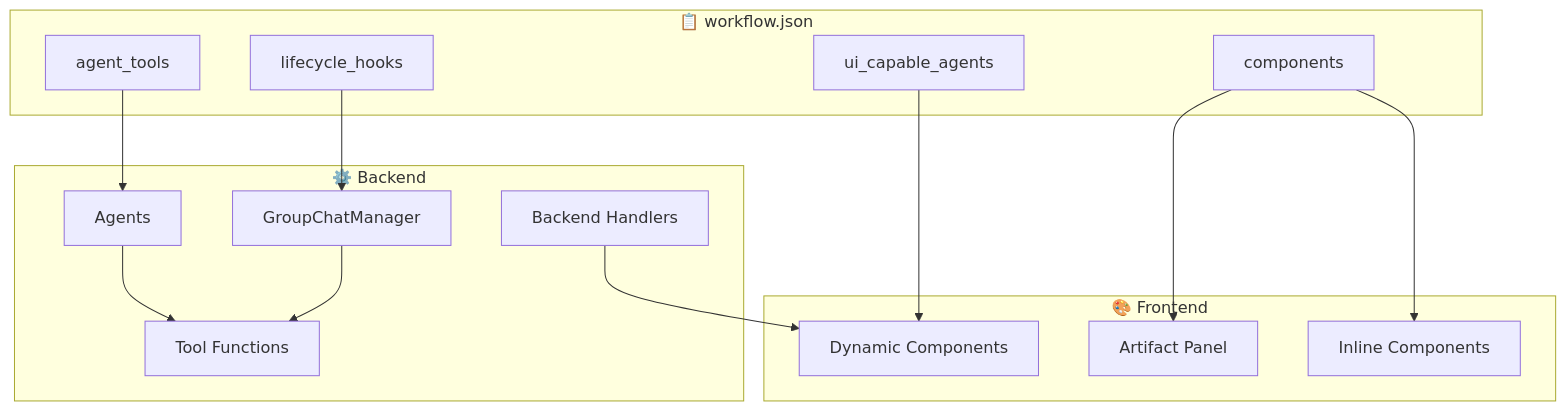
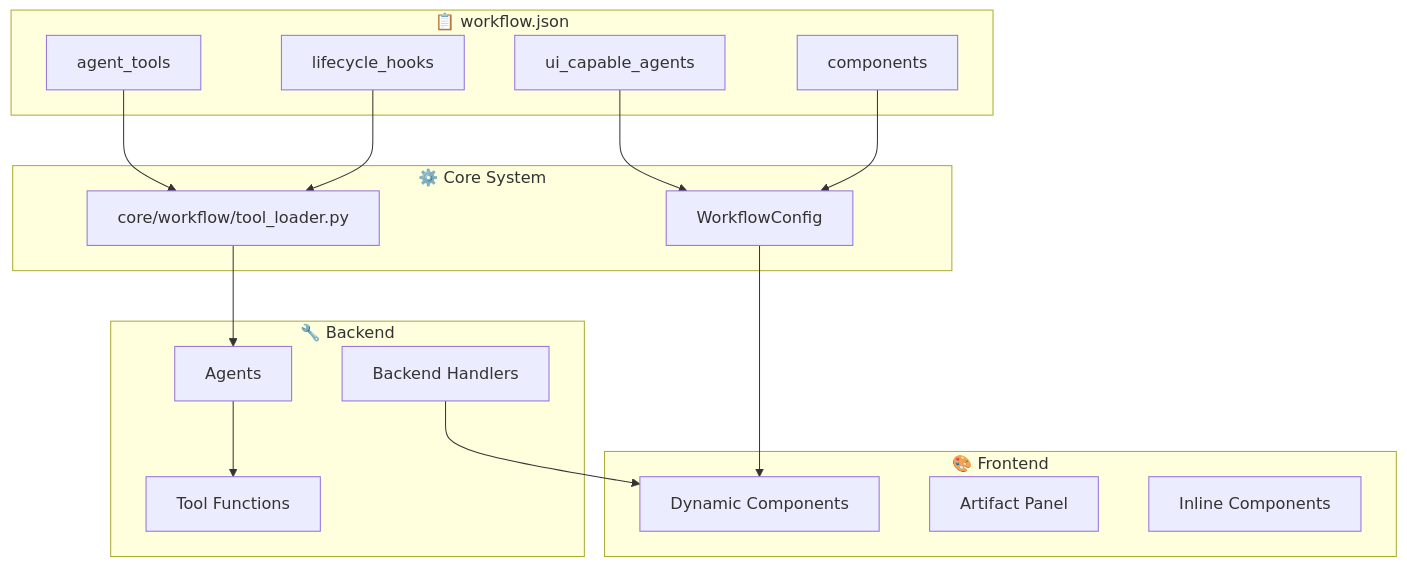
Before and after one commit to BlocUnited-LLC/mozaiks-ai: the diagram in docs/UNIFIED_TOOL_AND_UI_SYSTEM.md, drawn with Mermaid. The commit also changed other lines of this file and 22 other files, not shown here.

````diff
--- a/docs/UNIFIED_TOOL_AND_UI_SYSTEM.md
+++ b/docs/UNIFIED_TOOL_AND_UI_SYSTEM.md
@@ -11,32 +11,36 @@
 ```mermaid
 flowchart TD
     subgraph WF["📋 workflow.json"]
         AT[agent_tools]
         LH[lifecycle_hooks]
         UCA[ui_capable_agents]
         COMP[components]
     end
     
-    subgraph Backend["⚙️ Backend"]
+    subgraph Core["⚙️ Core System"]
+        TL[core/workflow/tool_loader.py]
+        WC[WorkflowConfig]
+    end
+    
+    subgraph Backend["🔧 Backend"]
         AG[Agents]
-        GCM[GroupChatManager]
         TF[Tool Functions]
         BH[Backend Handlers]
     end
     
     subgraph Frontend["🎨 Frontend"]
         DC[Dynamic Components]
         AP[Artifact Panel]
         IC[Inline Components]
     end
     
-    AT --> AG
-    LH --> GCM
+    AT --> TL
+    LH --> TL
+    TL --> AG
     AG --> TF
-    GCM --> TF
     
-    UCA --> DC
-    COMP --> AP
-    COMP --> IC
+    UCA --> WC
+    COMP --> WC
+    WC --> DC
     BH --> DC
 ```
````
